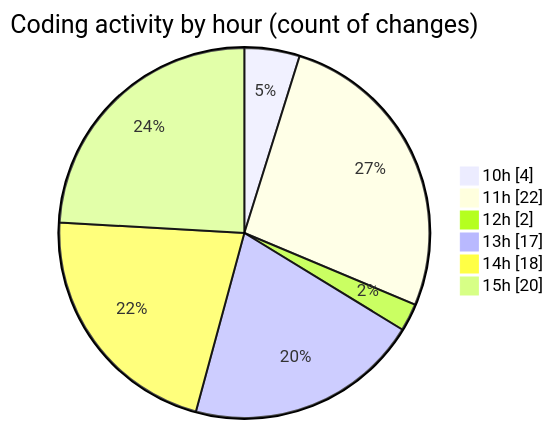
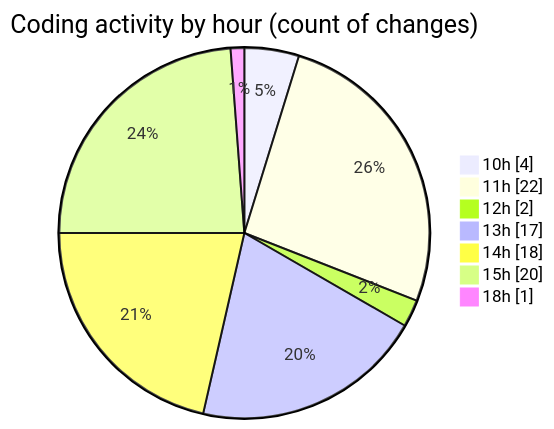
Before and after one commit to nxtqubesakshisongat/code-tracking: the second of 2 diagrams in 2025-09-15/nxtqube_webapp/README.md, drawn with Mermaid. The commit also changed other lines of this file and 1 other file, not shown here.

````diff
--- a/2025-09-15/nxtqube_webapp/README.md
+++ b/2025-09-15/nxtqube_webapp/README.md
@@ -31,10 +32,11 @@
 ```mermaid
 pie showData
 title Coding activity by hour (count of changes)
 "10h" : 4
 "11h" : 22
 "12h" : 2
 "13h" : 17
 "14h" : 18
 "15h" : 20
+"18h" : 1
 ```
````
